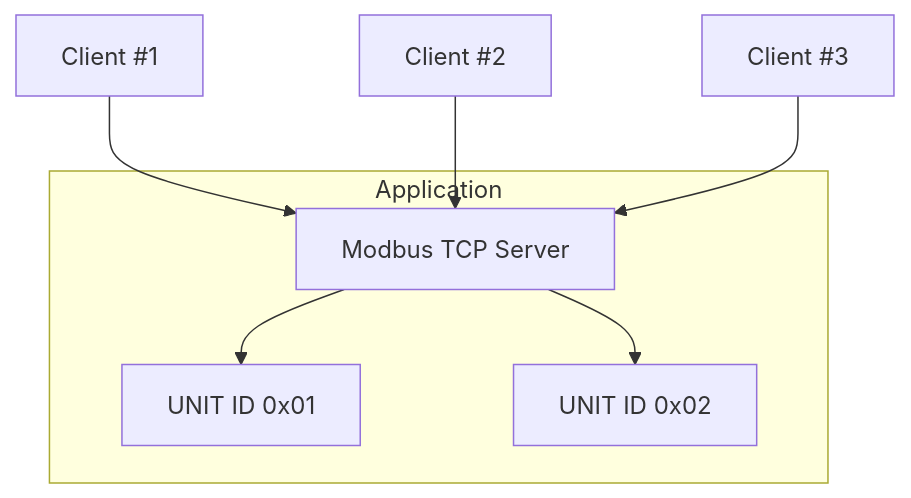
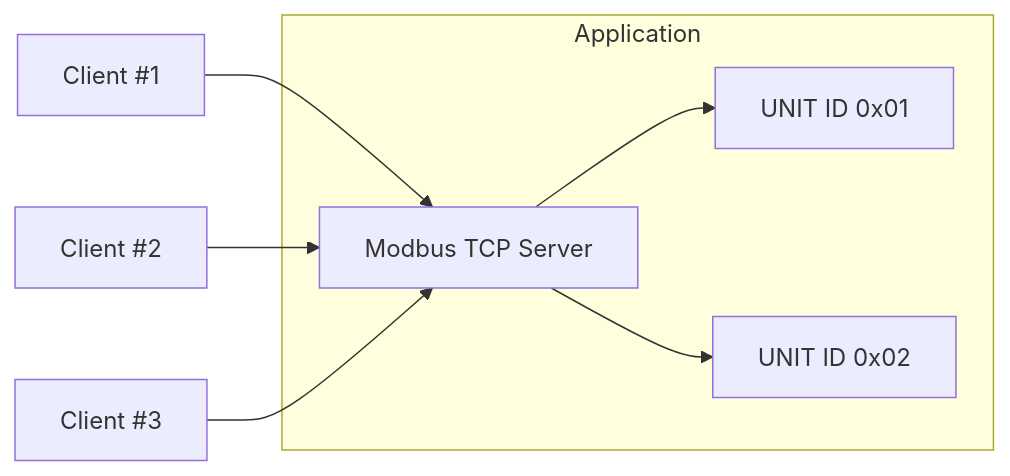
Before and after one commit to stepfunc/rodbus: the diagram in guide/docs/api/server/tcp_server.mdx, drawn with Mermaid. The commit also changed other lines of this file and 29 other files, not shown here.

````diff
--- a/guide/docs/api/server/tcp_server.mdx
+++ b/guide/docs/api/server/tcp_server.mdx
@@ -13,10 +13,10 @@
 ```mermaid
-graph TD
+graph LR
 A[Client #1] --> D[Modbus TCP Server]
 B[Client #2] --> D
 C[Client #3] --> D
 subgraph Application
 D --> E[UNIT ID 0x01]
 D --> F[UNIT ID 0x02]
 end
 ```
````
